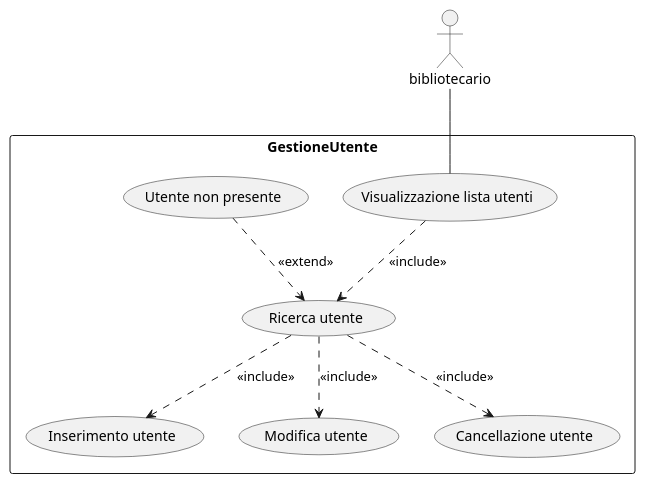
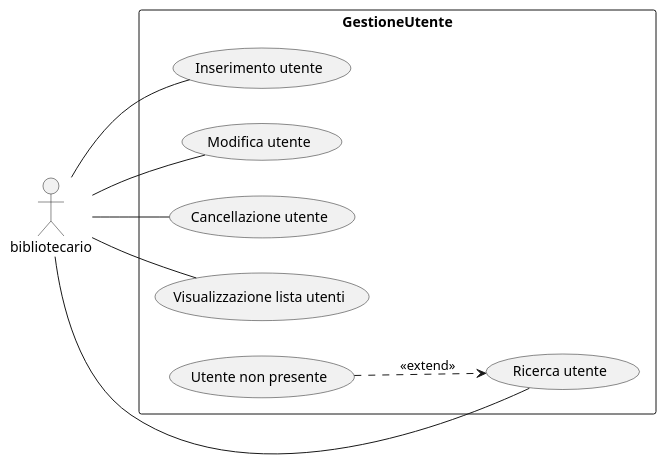
Before and after one commit to amalinconico6-cpu/Biblioteca_universitaria_10: the diagram in AnalisiRequisiti/UseCaseDiagramsCode/GestioneUtenti.wsd, drawn with PlantUML. The commit also changed 6 other files, not shown here.

```diff
--- a/AnalisiRequisiti/UseCaseDiagramsCode/GestioneUtenti.wsd
+++ b/AnalisiRequisiti/UseCaseDiagramsCode/GestioneUtenti.wsd
@@ -1,24 +1,24 @@
 @startuml GestioneUtenti
 scale 1
-top to bottom direction
+left to right direction
 actor bibliotecario as b
 rectangle GestioneUtente{
 usecase "Inserimento utente" as uc1
 usecase "Modifica utente" as uc2
 usecase "Cancellazione utente" as uc3
 usecase "Ricerca utente" as uc4
 usecase "Visualizzazione lista utenti" as uc5
 usecase "Utente non presente" as uc6
 
+b--uc1
+b--uc2
+b--uc3
+b--uc4
 b--uc5
 
-uc5 ..> uc4:<<include>>
+
 uc6 ..> uc4:<<extend>>
-
-uc4 ..> uc1:<<include>>
-uc4 ..> uc2:<<include>>
-uc4 ..> uc3:<<include>>
 
 }
 
 @enduml 
```
